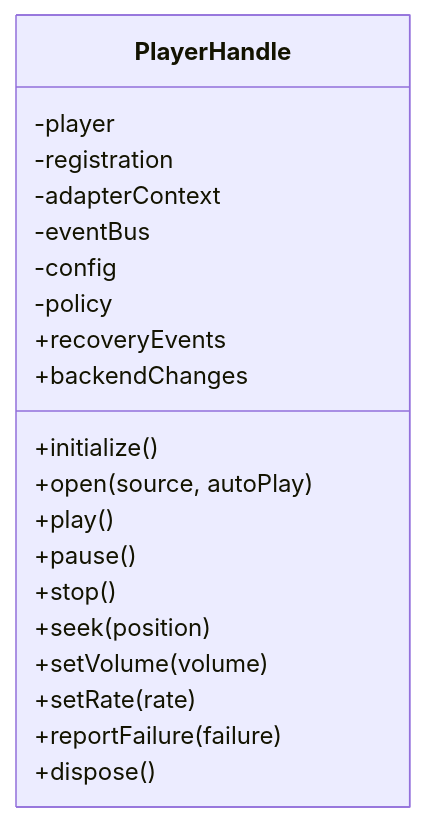
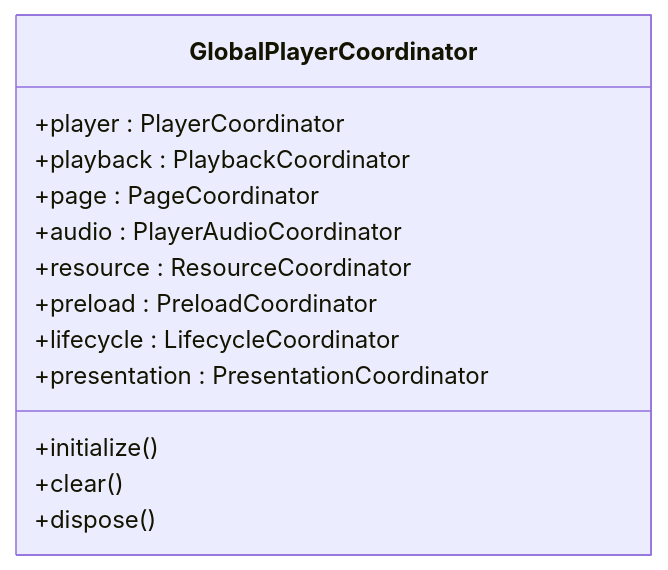
One commit to SSSherlocked/media_core changed the fourth of 13 diagrams in .qoder/repowiki/zh/content/架构总览/架构总览.md. Above: the diagram before and after it, drawn with Mermaid. The commit also changed other lines of this file and 6 other files, not shown here.

````diff
--- a/.qoder/repowiki/zh/content/架构总览/架构总览.md
+++ b/.qoder/repowiki/zh/content/架构总览/架构总览.md
@@ -174,23 +178,16 @@
 ```mermaid
 classDiagram
-class PlayerHandle {
--player
--registration
--adapterContext
--eventBus
--config
--policy
+class GlobalPlayerCoordinator {
++player : PlayerCoordinator
++playback : PlaybackCoordinator
++page : PageCoordinator
++audio : PlayerAudioCoordinator
++resource : ResourceCoordinator
++preload : PreloadCoordinator
++lifecycle : LifecycleCoordinator
++presentation : PresentationCoordinator
 +initialize()
-+open(source, autoPlay)
-+play()
-+pause()
-+stop()
-+seek(position)
-+setVolume(volume)
-+setRate(rate)
-+reportFailure(failure)
-+recoveryEvents
-+backendChanges
++clear()
 +dispose()
 }
 ```
````
